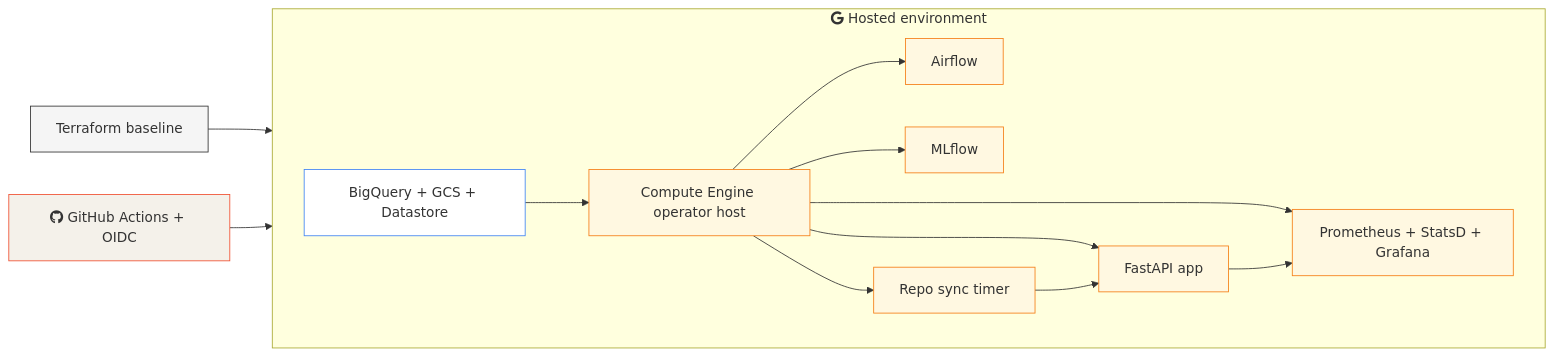
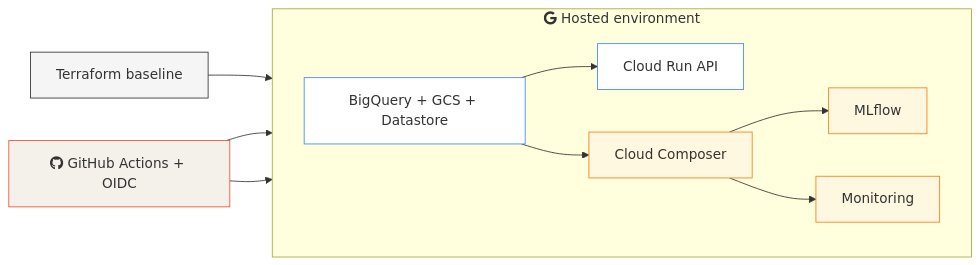
The diagram in docs/site/system/hosted-full-stack.md (javihslu/foehncast), drawn with Mermaid before and after one commit. The commit also changed other lines of this file and 7 other files, not shown here.

First line of the commit message:
docs(system): update system pages for GCP-native architecture

```diff
--- a/docs/site/system/hosted-full-stack.md
+++ b/docs/site/system/hosted-full-stack.md
@@ -15,32 +15,27 @@
 <div class="mermaid">
 flowchart LR
     classDef infra fill:#f5f5f5,stroke:#333
     classDef runner fill:#f4f1ea,stroke:#f05032
     classDef platform fill:#fff,stroke:#4285F4
     classDef operator fill:#fff8e1,stroke:#f57f17
 
     TF["Terraform baseline"]:::infra
     GH["fab:fa-github GitHub Actions + OIDC"]:::runner
 
     subgraph GCP ["fab:fa-google Hosted environment"]
         direction LR
         DATA["BigQuery + GCS + Datastore"]:::platform
-        HOST["Compute Engine operator host"]:::operator
-        APP["FastAPI app"]:::operator
-        AIR["Airflow"]:::operator
+        RUN["Cloud Run API"]:::platform
+        CMP["Cloud Composer"]:::operator
         MLF["MLflow"]:::operator
-        MON["Prometheus + StatsD + Grafana"]:::operator
-        SYNC["Repo sync timer"]:::operator
+        MON["Monitoring"]:::operator
     end
 
     TF --> DATA
-    DATA --> HOST
-    GH --> HOST
-    HOST --> APP
-    HOST --> AIR
-    HOST --> MLF
-    HOST --> MON
-    HOST --> SYNC
-    SYNC --> APP
-    APP --> MON
+    DATA --> RUN
+    DATA --> CMP
+    GH --> RUN
+    GH --> CMP
+    CMP --> MLF
+    CMP --> MON
 </div>
```
